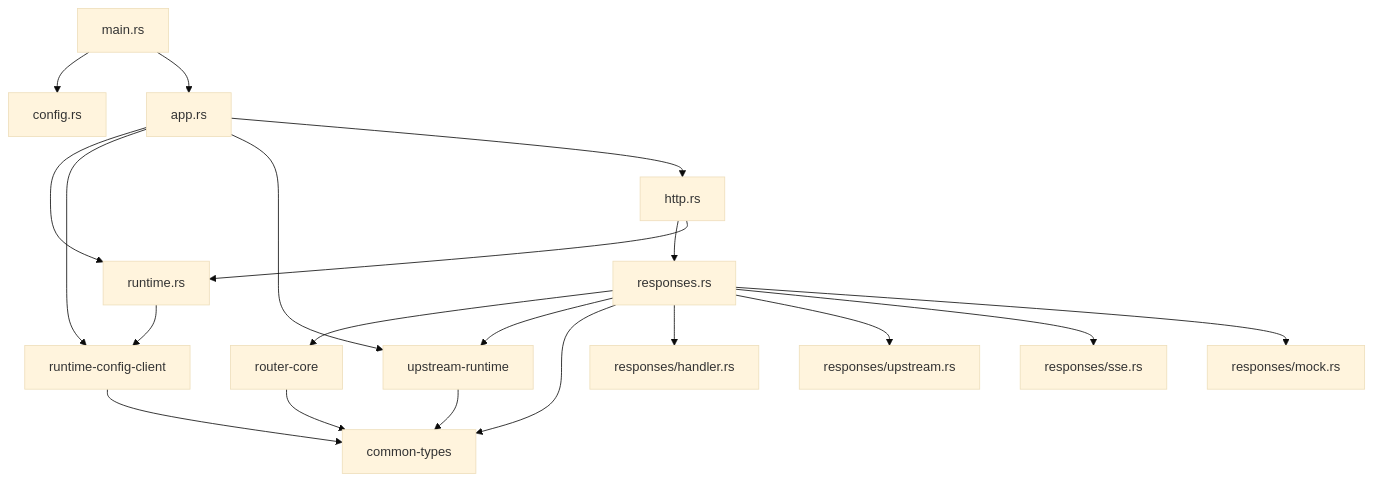
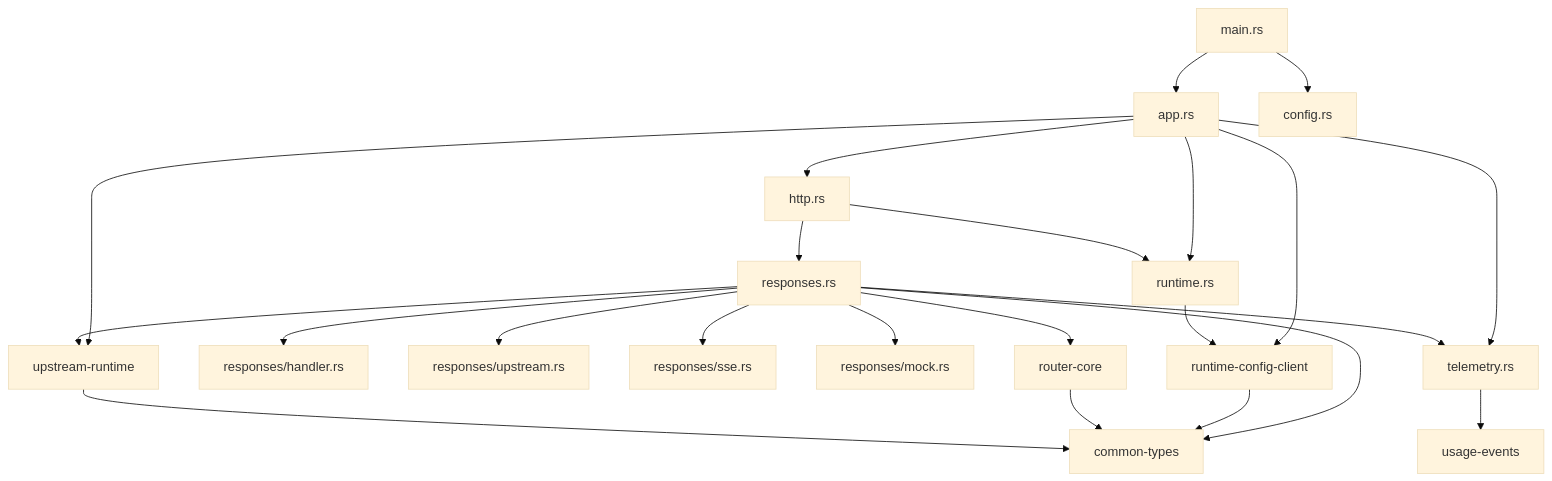
One commit to howard12358/OXCLIProxyAPI changed the second of 7 diagrams in rust/cliproxy-data-plane/docs/current/当前架构说明.md. Above: the diagram before and after it, drawn with Mermaid (base theme). The commit also changed other lines of this file and 19 other files, not shown here.

````diff
--- a/rust/cliproxy-data-plane/docs/current/当前架构说明.md
+++ b/rust/cliproxy-data-plane/docs/current/当前架构说明.md
@@ -59,37 +61,42 @@
 ```mermaid
 flowchart TD
     Main[main.rs]
     App[app.rs]
     Config[config.rs]
     Runtime[runtime.rs]
     Http[http.rs]
+    Telemetry[telemetry.rs]
     Responses[responses.rs]
     ResponsesHandler[responses/handler.rs]
     ResponsesUpstream[responses/upstream.rs]
     ResponsesSse[responses/sse.rs]
     ResponsesMock[responses/mock.rs]
     RCC[runtime-config-client]
     RouterCore[router-core]
     UpstreamRuntime[upstream-runtime]
+    UsageEvents[usage-events]
     Common[common-types]
 
     Main --> Config
     Main --> App
     App --> Runtime
     App --> RCC
     App --> UpstreamRuntime
     App --> Http
+    App --> Telemetry
     Http --> Responses
     Http --> Runtime
+    Responses --> Telemetry
     Responses --> RouterCore
     Responses --> UpstreamRuntime
     Responses --> Common
     Responses --> ResponsesHandler
     Responses --> ResponsesUpstream
     Responses --> ResponsesSse
     Responses --> ResponsesMock
+    Telemetry --> UsageEvents
     Runtime --> RCC
     RCC --> Common
     RouterCore --> Common
     UpstreamRuntime --> Common
 ```
````
